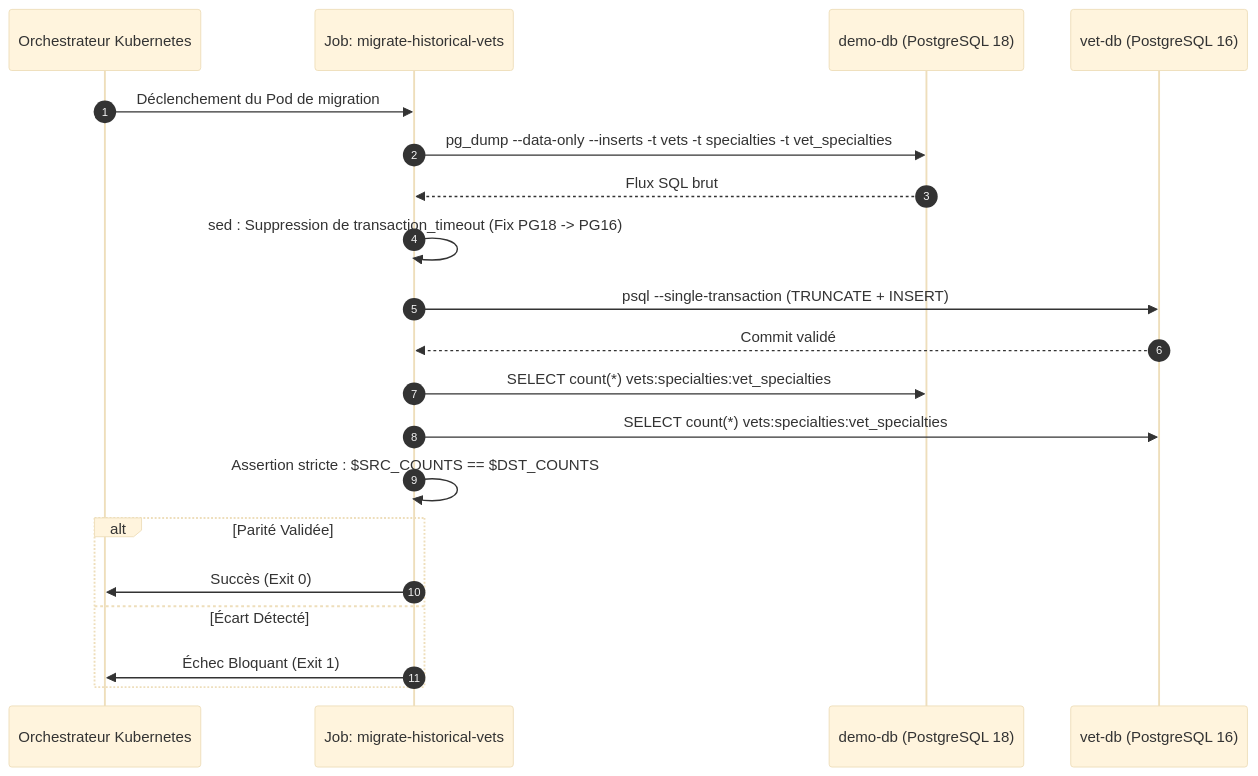
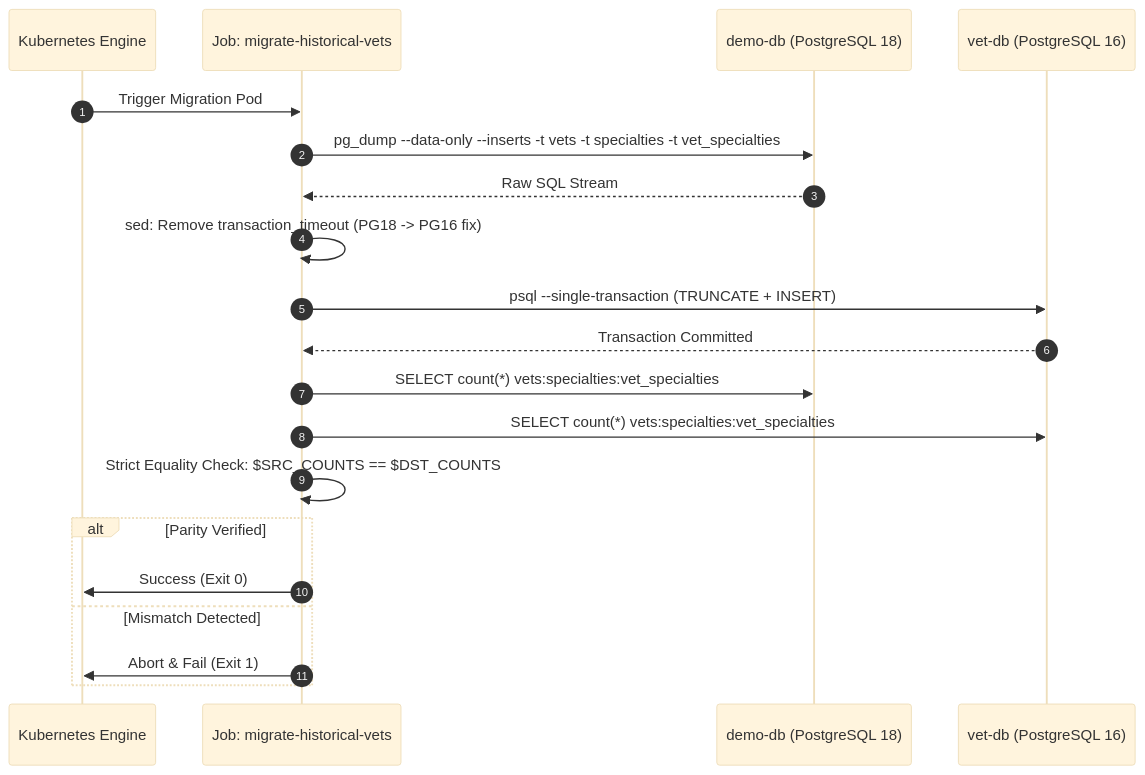
One commit to abdochiguer/Monolith-to-Microservices-Migration changed the sixth of 9 diagrams in README.md. Above: the diagram before and after it, drawn with Mermaid (base theme). The commit also changed other lines of this file, not shown here.

````diff
--- a/README.md
+++ b/README.md
@@ -340,23 +337,23 @@
 ```mermaid
 sequenceDiagram
     autonumber
-    participant K8s as Orchestrateur Kubernetes
+    participant K8s as Kubernetes Engine
     participant Job as Job: migrate-historical-vets
     participant Src as demo-db (PostgreSQL 18)
     participant Dst as vet-db (PostgreSQL 16)
 
-    K8s->>Job: Déclenchement du Pod de migration
+    K8s->>Job: Trigger Migration Pod
     Job->>Src: pg_dump --data-only --inserts -t vets -t specialties -t vet_specialties
-    Src-->>Job: Flux SQL brut
-    Job->>Job: sed : Suppression de transaction_timeout (Fix PG18 -> PG16)
+    Src-->>Job: Raw SQL Stream
+    Job->>Job: sed: Remove transaction_timeout (PG18 -> PG16 fix)
     Job->>Dst: psql --single-transaction (TRUNCATE + INSERT)
-    Dst-->>Job: Commit validé
+    Dst-->>Job: Transaction Committed
     Job->>Src: SELECT count(*) vets:specialties:vet_specialties
     Job->>Dst: SELECT count(*) vets:specialties:vet_specialties
-    Job->>Job: Assertion stricte : $SRC_COUNTS == $DST_COUNTS
-    alt Parité Validée
-        Job->>K8s: Succès (Exit 0)
-    else Écart Détecté
-        Job->>K8s: Échec Bloquant (Exit 1)
+    Job->>Job: Strict Equality Check: $SRC_COUNTS == $DST_COUNTS
+    alt Parity Verified
+        Job->>K8s: Success (Exit 0)
+    else Mismatch Detected
+        Job->>K8s: Abort & Fail (Exit 1)
     end
 ```
````
